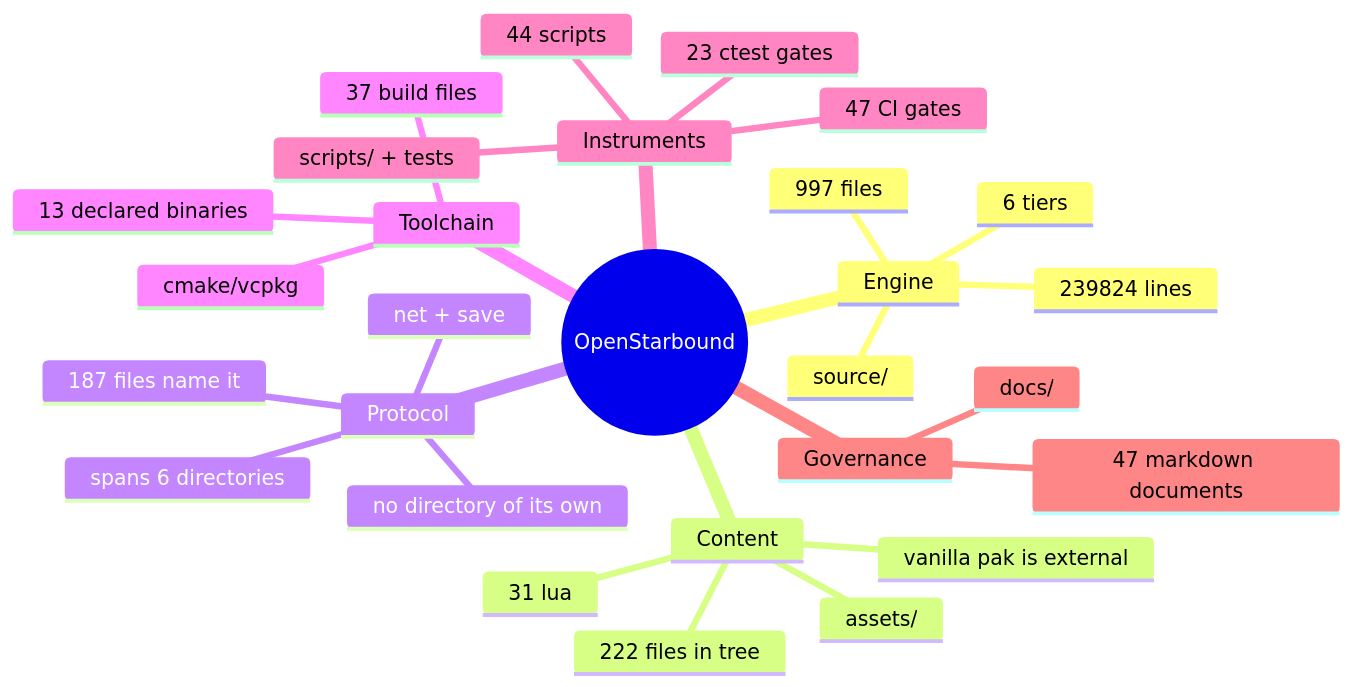
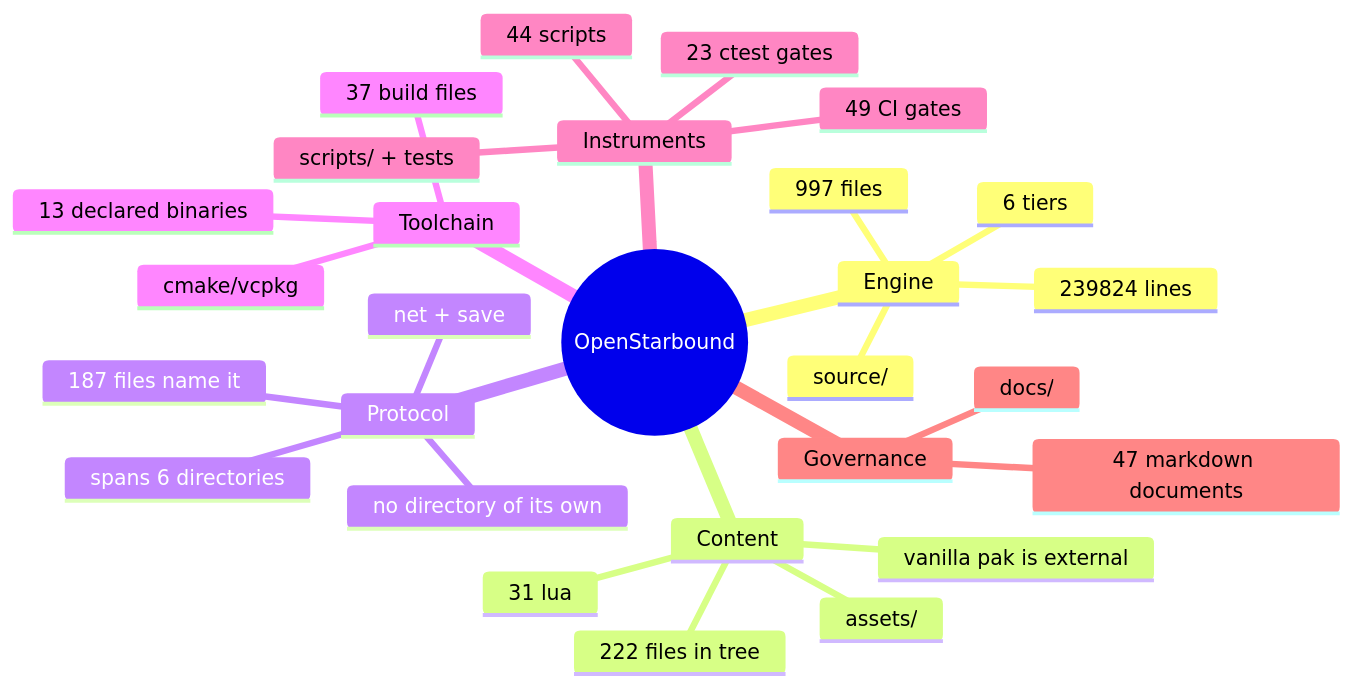
The second of 11 diagrams in docs/architecture/system-boundaries.md (apnex/OpenStarbound), drawn with Mermaid before and after one commit. The commit also changed 2 other files, not shown here.

````diff
--- a/docs/architecture/system-boundaries.md
+++ b/docs/architecture/system-boundaries.md
@@ -166,31 +166,31 @@
 ```mermaid
 mindmap
   root((OpenStarbound))
     Engine
       source/
       997 files
       239824 lines
       6 tiers
     Content
       assets/
       222 files in tree
       31 lua
       vanilla pak is external
     Protocol
       net + save
       187 files name it
       spans 6 directories
       no directory of its own
     Toolchain
       cmake/vcpkg
       37 build files
       13 declared binaries
     Instruments
       scripts/ + tests
       44 scripts
       23 ctest gates
-      47 CI gates
+      49 CI gates
     Governance
       docs/
       47 markdown documents
 ```
````
